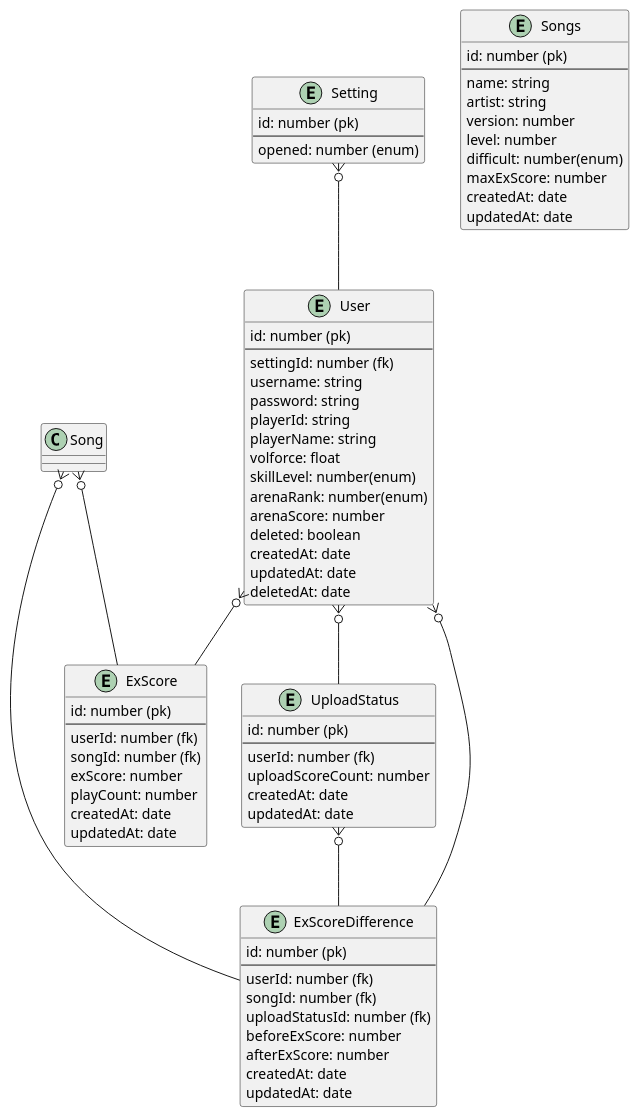
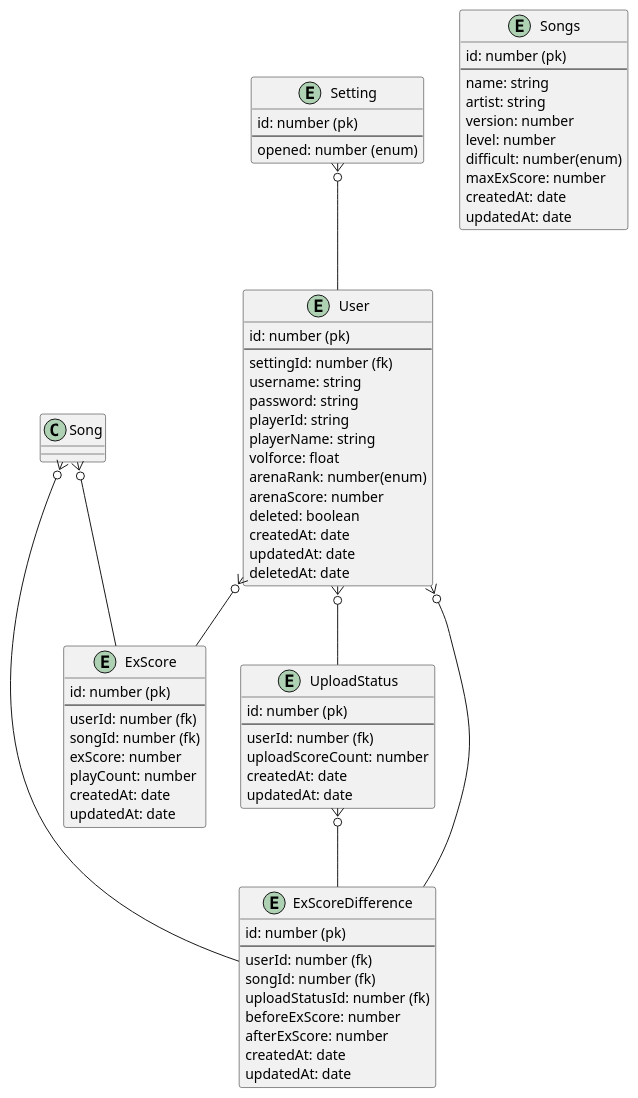
One commit to saezurucrow/sdvx-est changed the diagram in design/dbDchema.pu. Above: the diagram before and after it, drawn with PlantUML. The commit also changed 2 other files, not shown here.

```diff
--- a/design/dbDchema.pu
+++ b/design/dbDchema.pu
@@ -1,87 +1,86 @@
 @startuml sdvxest
 
 entity User {
   id: number (pk)
   --
   settingId: number (fk)
   username: string
   password: string
   playerId: string
   playerName: string
   volforce: float
-  skillLevel: number(enum)
   arenaRank: number(enum)
   arenaScore: number
   deleted: boolean
   createdAt: date
   updatedAt: date
   deletedAt: date
 }
 ' (op)rivalData
 
 entity Songs {
   id: number (pk)
   --
   name: string
   artist: string
   version: number
   level: number
   difficult: number(enum)
   maxExScore: number
   createdAt: date
   updatedAt: date
 }
 ' (op) bpm(min - max)
 
 entity ExScore {
   id: number (pk)
   --
   userId: number (fk)
   songId: number (fk)
   exScore: number
   playCount: number
   createdAt: date
   updatedAt: date
 }
 
 ' アップロード状況
 entity UploadStatus {
   id: number (pk)
   --
   userId: number (fk)
   uploadScoreCount: number
   createdAt: date
   updatedAt: date
 }
 
 ' 差分
 entity ExScoreDifference {
   id: number (pk)
   --
   userId: number (fk)
   songId: number (fk)
   uploadStatusId: number (fk)
   beforeExScore: number
   afterExScore: number
   createdAt: date
   updatedAt: date
 }
 
 ' 公開設定
 entity Setting {
   id: number (pk)
   --
   opened: number (enum)
 }
 
 Setting }o-- User
 User }o-- UploadStatus
 User }o-- ExScore
 User }o-- ExScoreDifference
 
 Song }o-- ExScore
 Song }o-- ExScoreDifference
 
 UploadStatus }o-- ExScoreDifference
 
 @enduml
```
